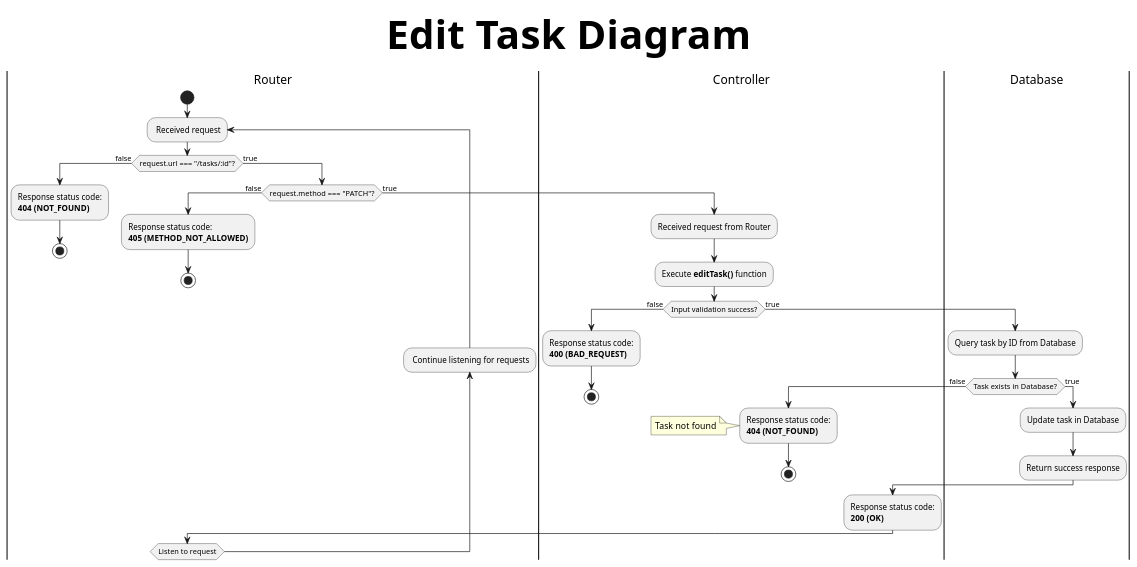
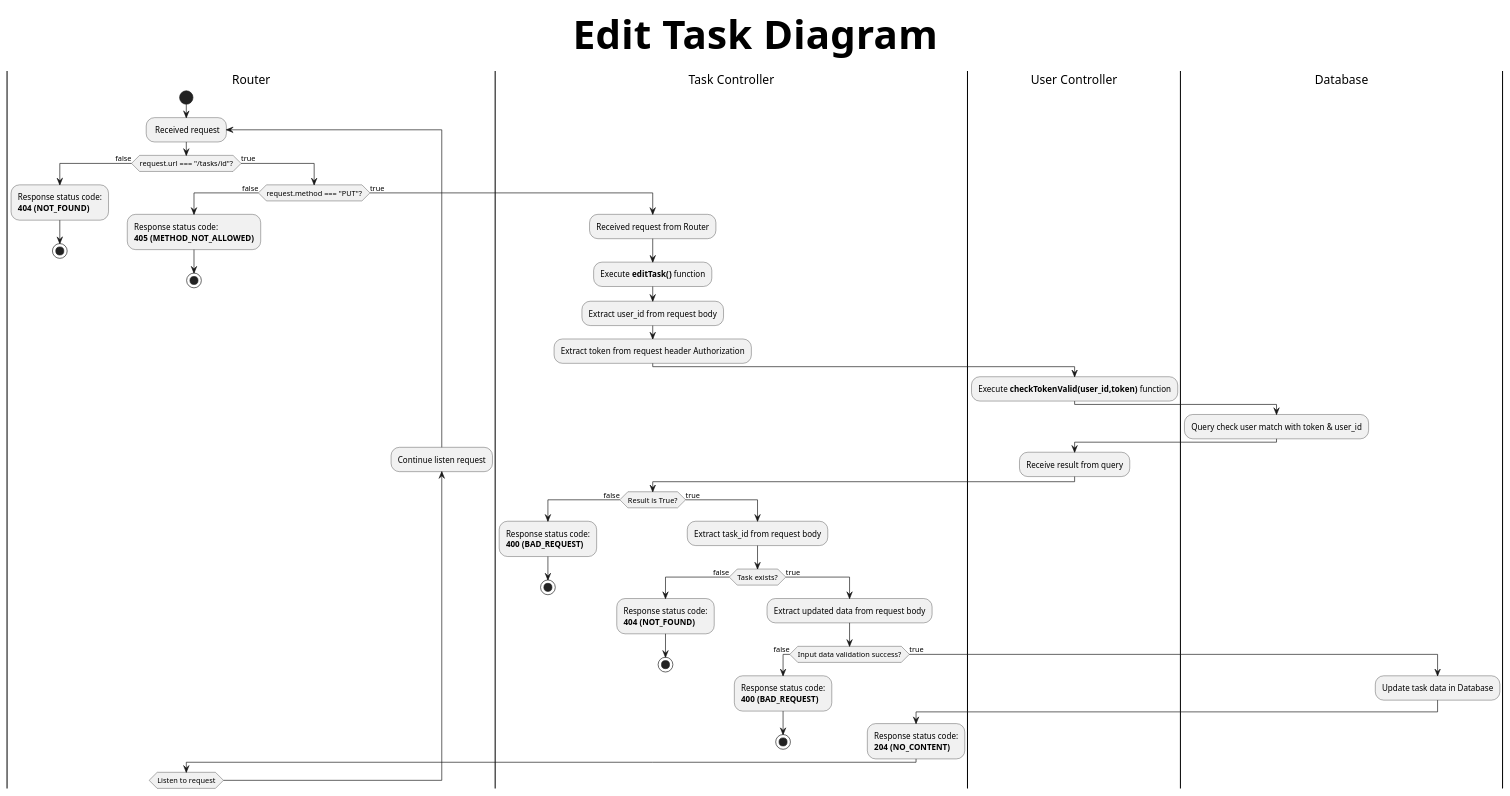
The diagram in diagrams/taskDiagrams/editTaskDiagram.pu (DoanLe2k1/TodoApp-API), drawn with PlantUML before and after one commit. The commit also changed 2 other files, not shown here.

Commit message:
Update: getTask + editTask

```diff
--- a/diagrams/taskDiagrams/editTaskDiagram.pu
+++ b/diagrams/taskDiagrams/editTaskDiagram.pu
@@ -1,52 +1,63 @@
-@startuml
 title Edit Task Diagram
 skinparam titleFontSize 60
 |Router|
 start
 repeat: Received request
-
-if (request.url === "/tasks/:id"?) then (false)
+if (request.url === "/tasks/id"?) then (false)
     :Response status code:
     **404 (NOT_FOUND)**;
     stop
+
 else (true)
-    if (request.method === "PATCH"?) then (false)
+    if (request.method === "PUT"?) then (false)
         :Response status code:
         **405 (METHOD_NOT_ALLOWED)**;
         stop
+
     else (true)
-        |Controller|
+        |Task Controller|
         :Received request from Router;
         :Execute **editTask()** function;
-
-        if (Input validation success?) then (false)
+        :Extract user_id from request body;
+        :Extract token from request header Authorization;
+        |User Controller|
+        :Execute **checkTokenValid(user_id,token)** function;
+        |Database|
+        :Query check user match with token & user_id;
+        |User Controller|
+        :Receive result from query;
+        |Task Controller|
+        if (Result is True?) then (false)
             :Response status code:
             **400 (BAD_REQUEST)**;
             'Validation failed
             stop
         else (true)
-            |Database|
-            :Query task by ID from Database;
-            if (Task exists in Database?) then (false)
-                |Controller|
+            :Extract task_id from request body;
+            if (Task exists?) then (false)
                 :Response status code:
                 **404 (NOT_FOUND)**;
-                note left: Task not found
+                'Task not found
                 stop
             else (true)
-                |Database|
-                :Update task in Database;
-                :Return success response;
-                
-                |Controller|
-                :Response status code:
-                **200 (OK)**;
+                :Extract updated data from request body;
+                if (Input data validation success?) then (false)
+                    :Response status code:
+                    **400 (BAD_REQUEST)**;
+                    'Validation failed
+                    stop
+                else (true)
+                    |Database|
+                    :Update task data in Database;
+                    |Task Controller|
+                    :Response status code:
+                    **204 (NO_CONTENT)**;
+                endif
             endif
         endif
     endif
 endif
-
 |Router|
-backward: Continue listening for requests;
+backward:Continue listen request;
 repeat while (Listen to request)
 @enduml
```
